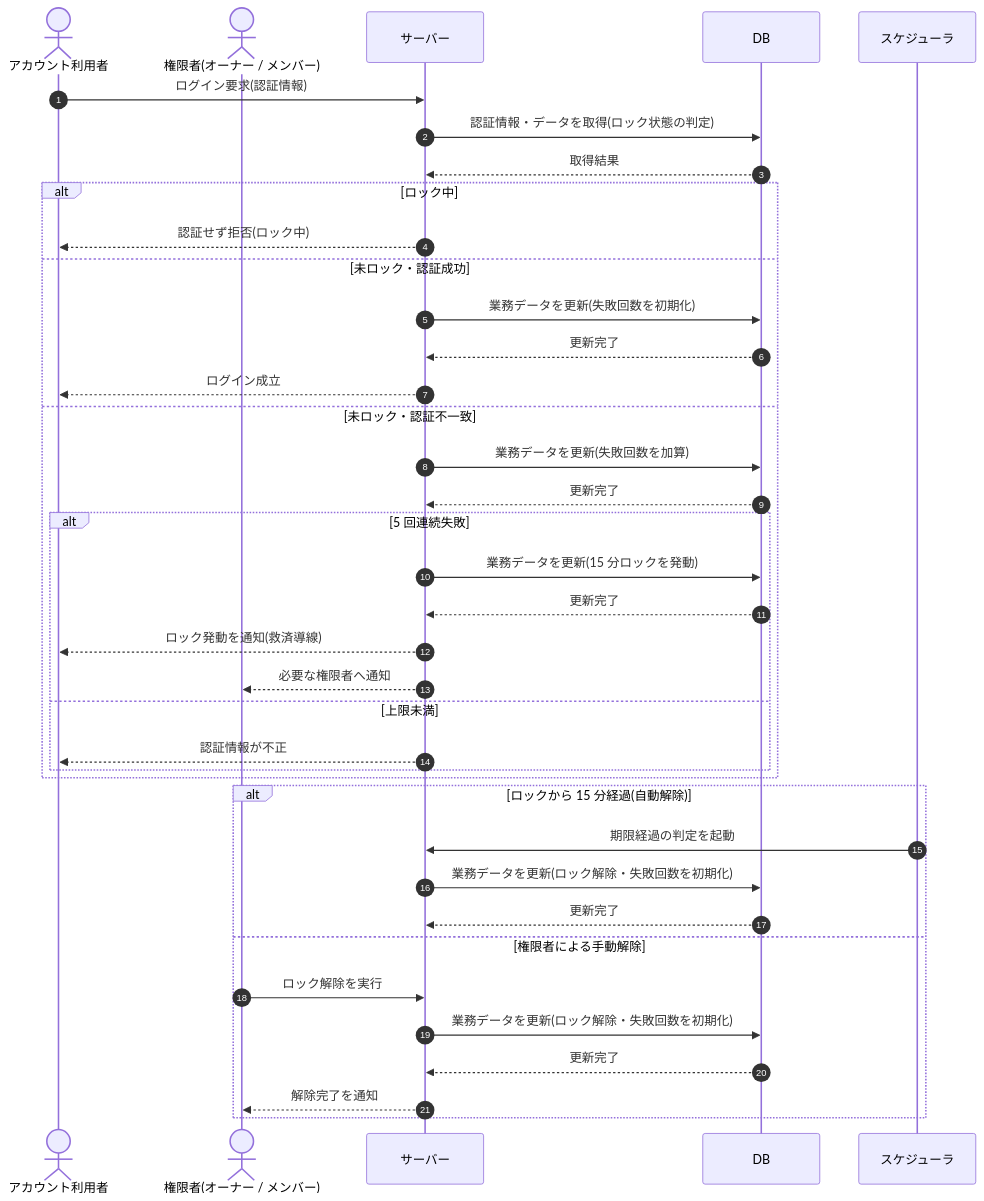
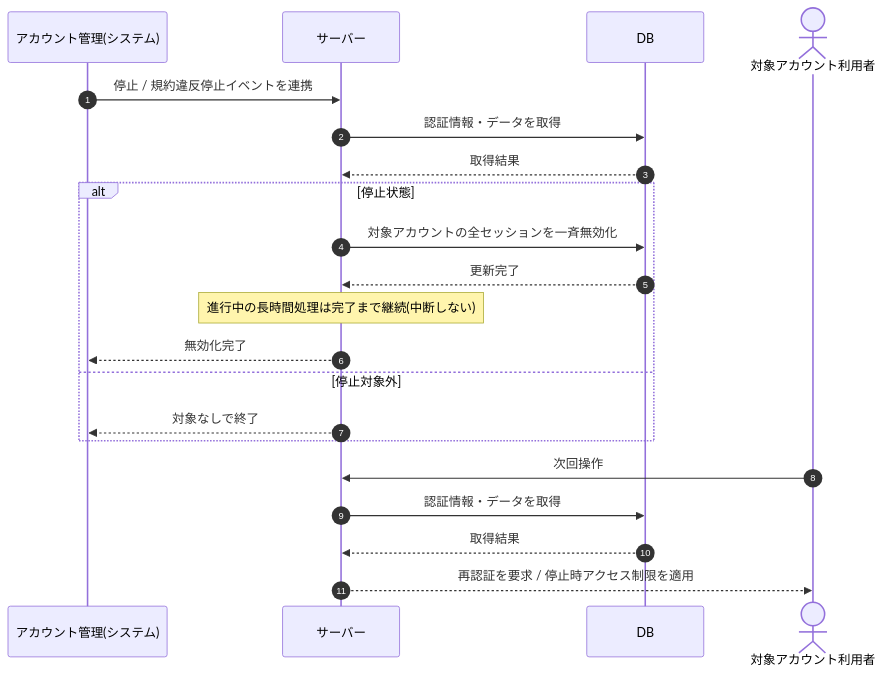
Before and after one commit to sikakou54/open-faq: the diagram in 02_basic_design/03_sequences/SEQ-101.md, drawn with Mermaid. The commit also changed other lines of this file and 99 other files, not shown here.

````diff
--- a/02_basic_design/03_sequences/SEQ-101.md
+++ b/02_basic_design/03_sequences/SEQ-101.md
@@ -25,40 +25,23 @@
 ```mermaid
 sequenceDiagram
   autonumber
-  actor U as アカウント利用者
-  actor M as 権限者(オーナー / メンバー)
+  participant OP as アカウント管理(システム)
   participant Server as サーバー
   participant DB as DB
-  participant SCH as スケジューラ
-  U->>Server: ログイン要求(認証情報)
-  Server->>DB: 認証情報・データを取得(ロック状態の判定)
+  actor U as 対象アカウント利用者
+  OP->>Server: 停止 / 規約違反停止イベントを連携
+  Server->>DB: 認証情報・データを取得
   DB-->>Server: 取得結果
-  alt ロック中
-    Server-->>U: 認証せず拒否(ロック中)
-  else 未ロック・認証成功
-    Server->>DB: 業務データを更新(失敗回数を初期化)
+  alt 停止状態
+    Server->>DB: 対象アカウントの全セッションを一斉無効化
     DB-->>Server: 更新完了
-    Server-->>U: ログイン成立
-  else 未ロック・認証不一致
-    Server->>DB: 業務データを更新(失敗回数を加算)
-    DB-->>Server: 更新完了
-    alt 5 回連続失敗
-      Server->>DB: 業務データを更新(15 分ロックを発動)
-      DB-->>Server: 更新完了
-      Server-->>U: ロック発動を通知(救済導線)
-      Server-->>M: 必要な権限者へ通知
-    else 上限未満
-      Server-->>U: 認証情報が不正
-    end
+    Note over Server: 進行中の長時間処理は完了まで継続(中断しない)
+    Server-->>OP: 無効化完了
+  else 停止対象外
+    Server-->>OP: 対象なしで終了
   end
-  alt ロックから 15 分経過(自動解除)
-    SCH->>Server: 期限経過の判定を起動
-    Server->>DB: 業務データを更新(ロック解除・失敗回数を初期化)
-    DB-->>Server: 更新完了
-  else 権限者による手動解除
-    M->>Server: ロック解除を実行
-    Server->>DB: 業務データを更新(ロック解除・失敗回数を初期化)
-    DB-->>Server: 更新完了
-    Server-->>M: 解除完了を通知
-  end
+  U->>Server: 次回操作
+  Server->>DB: 認証情報・データを取得
+  DB-->>Server: 取得結果
+  Server-->>U: 再認証を要求 / 停止時アクセス制限を適用
 ```
````
